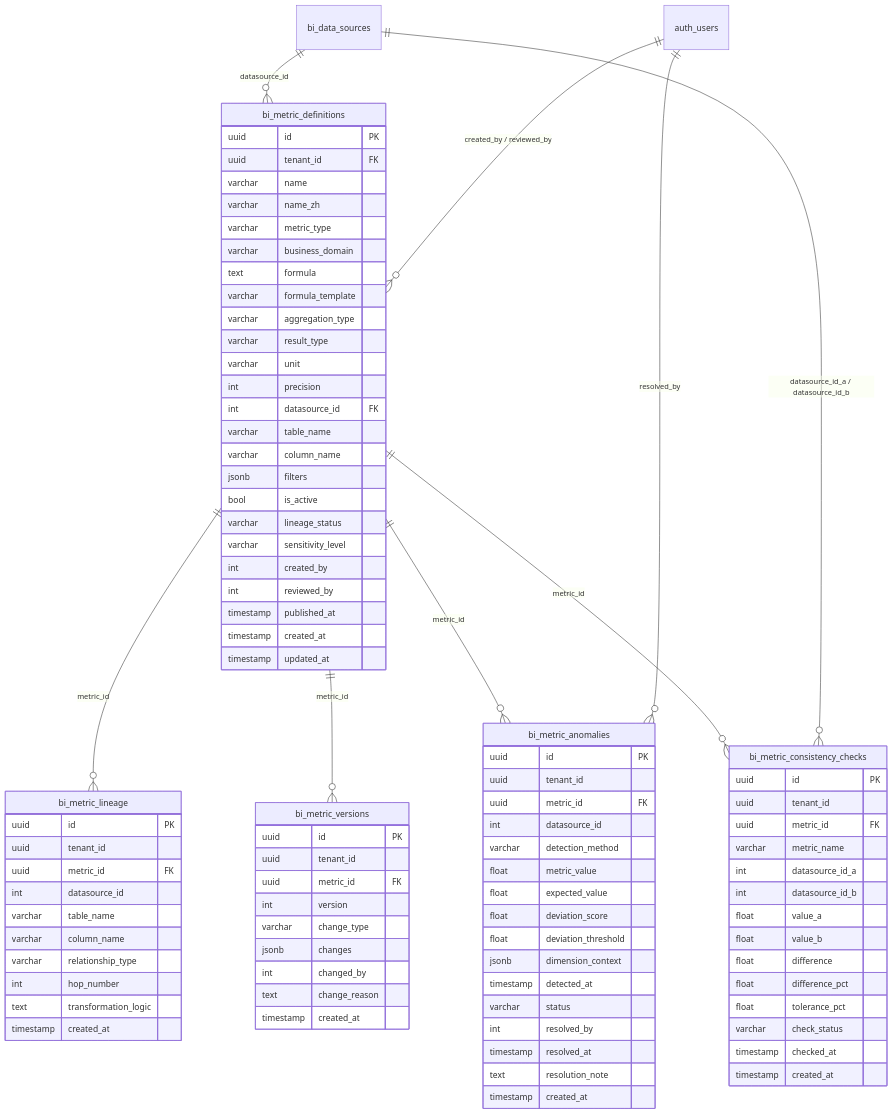
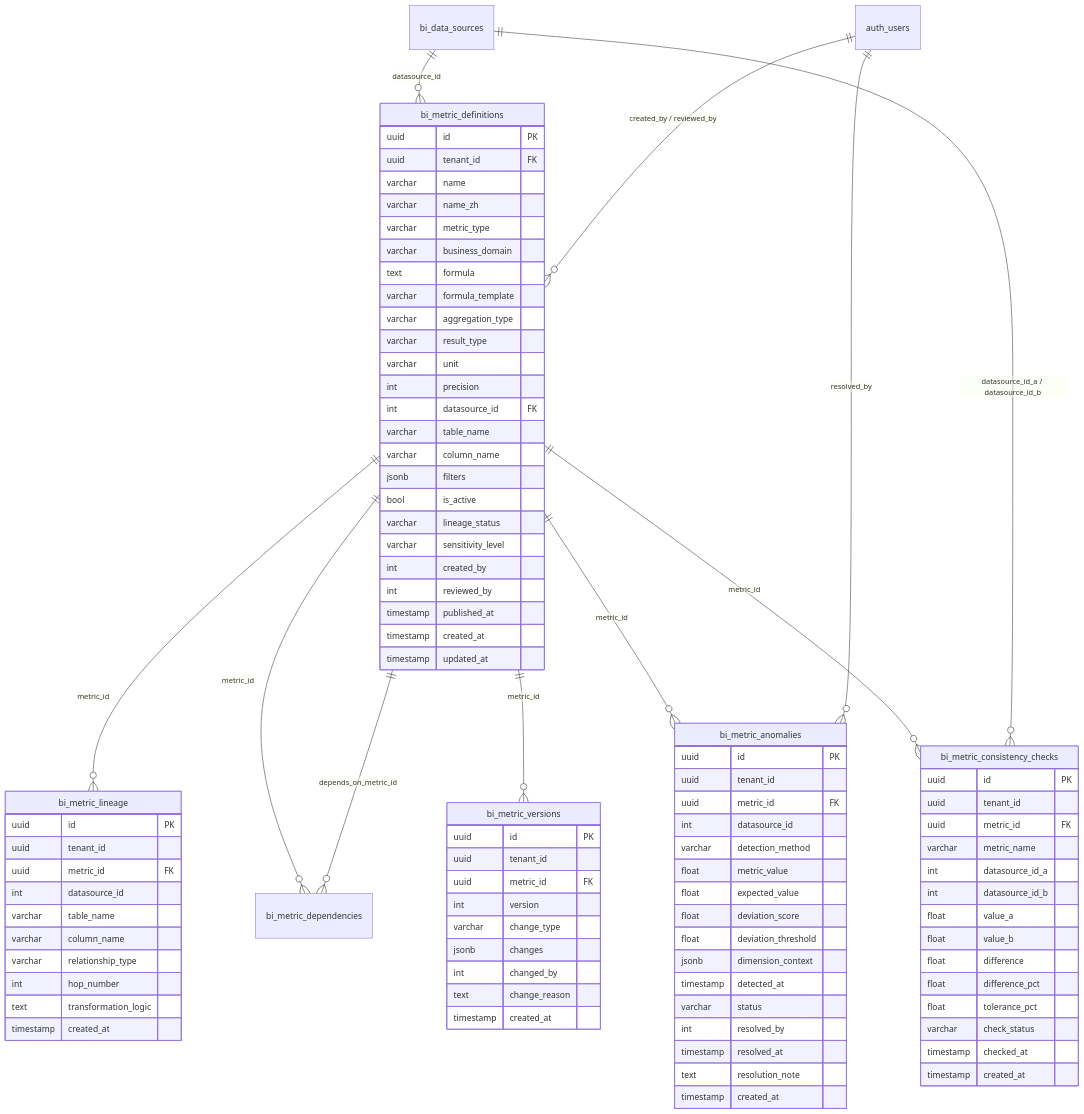
Before and after one commit to Forrest219/mulan-bi-platform: the first of 4 diagrams in docs/specs/30-metrics-agent-spec.md, drawn with Mermaid. The commit also changed other lines of this file and 12 other files, not shown here.

````diff
--- a/docs/specs/30-metrics-agent-spec.md
+++ b/docs/specs/30-metrics-agent-spec.md
@@ -222,6 +308,8 @@
 ```mermaid
 erDiagram
     bi_metric_definitions ||--o{ bi_metric_lineage : "metric_id"
+    bi_metric_definitions ||--o{ bi_metric_dependencies : "metric_id"
+    bi_metric_definitions ||--o{ bi_metric_dependencies : "depends_on_metric_id"
     bi_metric_definitions ||--o{ bi_metric_versions : "metric_id"
     bi_metric_definitions ||--o{ bi_metric_anomalies : "metric_id"
     bi_metric_definitions ||--o{ bi_metric_consistency_checks : "metric_id"
````
